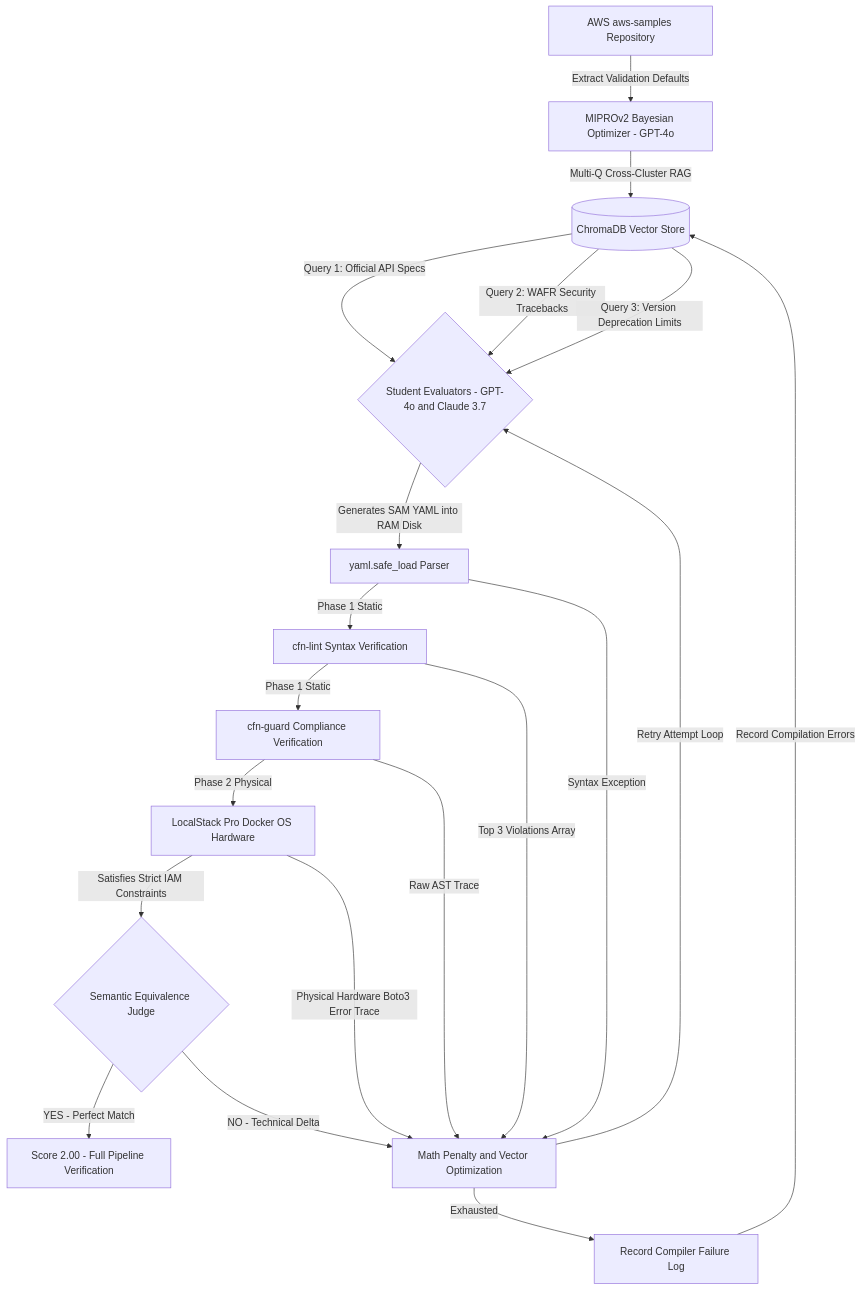
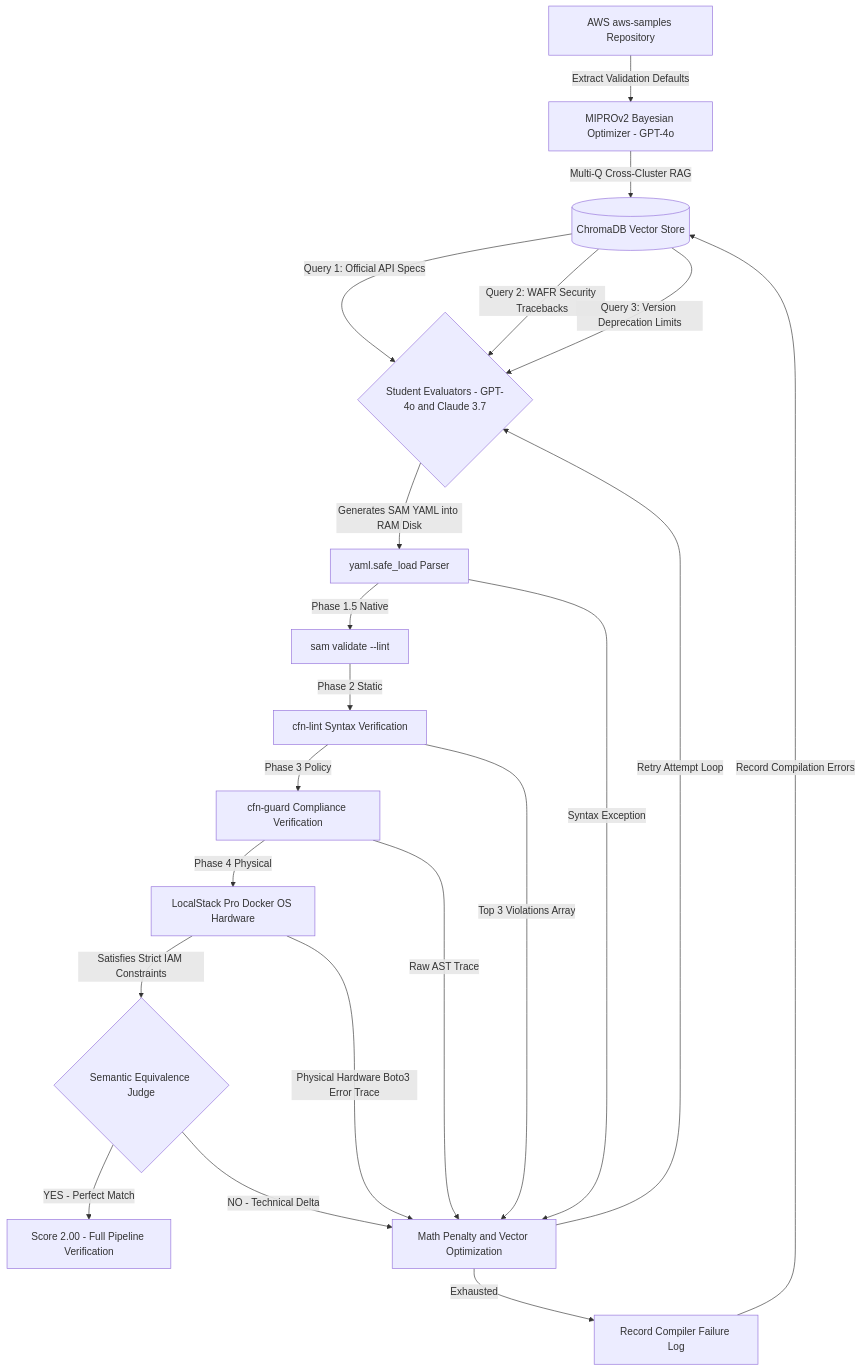
Before and after one commit to vjb/iac-self-healer: the diagram in README.md, drawn with Mermaid. The commit also changed other lines of this file and 14 other files, not shown here.

````diff
--- a/README.md
+++ b/README.md
@@ -7,27 +7,28 @@
 ```mermaid
 graph TD
     Z["AWS aws-samples Repository"] -->|Extract Validation Defaults| A
     A["MIPROv2 Bayesian Optimizer - GPT-4o"] -->|Multi-Q Cross-Cluster RAG| B[(ChromaDB Vector Store)]
     B -->|Query 1: Official API Specs| C{"Student Evaluators - GPT-4o and Claude 3.7"}
     B -->|Query 2: WAFR Security Tracebacks| C
     B -->|Query 3: Version Deprecation Limits| C
     
     C -->|Generates SAM YAML into RAM Disk| D["yaml.safe_load Parser"]
-    D -->|Phase 1 Static| E["cfn-lint Syntax Verification"]
-    E -->|Phase 1 Static| F["cfn-guard Compliance Verification"]
-    F -->|Phase 2 Physical| P2["LocalStack Pro Docker OS Hardware"]
+    D -->|Phase 1.5 Native| SAM["sam validate --lint"]
+    SAM -->|Phase 2 Static| E["cfn-lint Syntax Verification"]
+    E -->|Phase 3 Policy| F["cfn-guard Compliance Verification"]
+    F -->|Phase 4 Physical| P2["LocalStack Pro Docker OS Hardware"]
     
     P2 -->|Satisfies Strict IAM Constraints| G{"Semantic Equivalence Judge"}
     G -->|YES - Perfect Match| H["Score 2.00 - Full Pipeline Verification"]
     
     %% Feedback Loops
     D -->|Syntax Exception| J["Math Penalty and Vector Optimization"]
     E -->|Top 3 Violations Array| J
     F -->|Raw AST Trace| J
     P2 -->|Physical Hardware Boto3 Error Trace| J
     G -->|NO - Technical Delta| J
     
     J -->|Retry Attempt Loop| C
     J -->|Exhausted| K["Record Compiler Failure Log"]
     K -->|Record Compilation Errors| B
 ```
````
